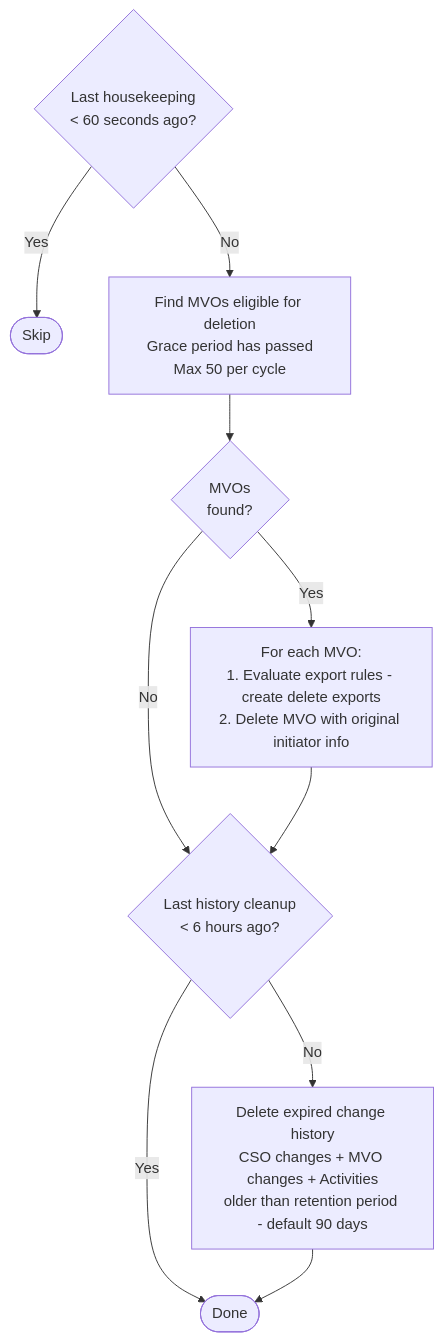
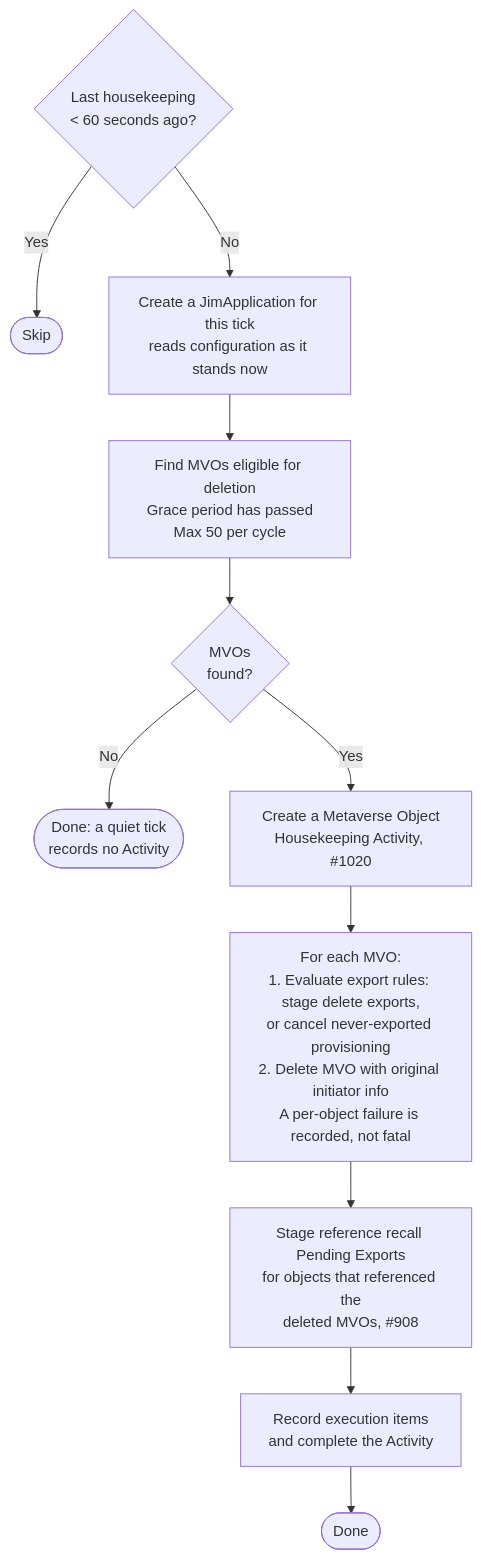
One commit to TetronIO/JIM changed the third of 4 diagrams in docs/developer/diagrams/WORKER_TASK_LIFECYCLE.md. Above: the diagram before and after it, drawn with Mermaid. The commit also changed other lines of this file and 49 other files, not shown here.

Commit message:
docs: update documentation, diagrams and changelog for v0.15.0 release

````diff
--- a/docs/developer/diagrams/WORKER_TASK_LIFECYCLE.md
+++ b/docs/developer/diagrams/WORKER_TASK_LIFECYCLE.md
@@ -131,15 +180,14 @@
 ```mermaid
 flowchart TD
     Check{Last housekeeping<br/>< 60 seconds ago?}
     Check -->|Yes| Skip([Skip])
-    Check -->|No| MvoCleanup[Find MVOs eligible for deletion<br/>Grace period has passed<br/>Max 50 per cycle]
+    Check -->|No| FreshJim[Create a JimApplication for this tick<br/>reads configuration as it stands now]
+    FreshJim --> MvoCleanup[Find MVOs eligible for deletion<br/>Grace period has passed<br/>Max 50 per cycle]
     MvoCleanup --> HasMvos{MVOs<br/>found?}
-    HasMvos -->|No| HistoryCheck
-    HasMvos -->|Yes| DeleteLoop[For each MVO:<br/>1. Evaluate export rules - create delete exports<br/>2. Delete MVO with original initiator info]
-    DeleteLoop --> HistoryCheck
-
-    HistoryCheck{Last history cleanup<br/>< 6 hours ago?}
-    HistoryCheck -->|Yes| Done([Done])
-    HistoryCheck -->|No| HistoryCleanup[Delete expired change history<br/>CSO changes + MVO changes + Activities<br/>older than retention period - default 90 days]
-    HistoryCleanup --> Done
+    HasMvos -->|No| Quiet([Done: a quiet tick<br/>records no Activity])
+    HasMvos -->|Yes| CreateActivity[Create a Metaverse Object<br/>Housekeeping Activity, #1020]
+    CreateActivity --> DeleteLoop[For each MVO:<br/>1. Evaluate export rules: stage delete exports,<br/>or cancel never-exported provisioning<br/>2. Delete MVO with original initiator info<br/>A per-object failure is recorded, not fatal]
+    DeleteLoop --> Recall[Stage reference recall Pending Exports<br/>for objects that referenced the<br/>deleted MVOs, #908]
+    Recall --> CompleteActivity[Record execution items<br/>and complete the Activity]
+    CompleteActivity --> Done([Done])
 ```
````
